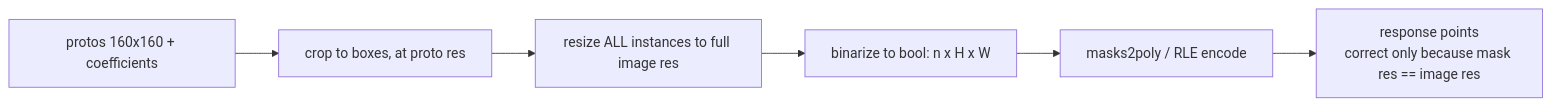
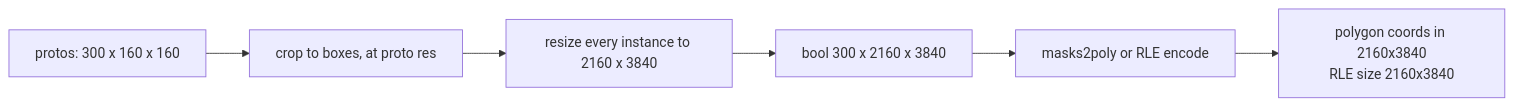
The first of 2 diagrams in docs/feat/instance-seg-tradeoff-factor.md (roboflow/inference), drawn with Mermaid before and after one commit. The commit also changed other lines of this file, not shown here.

````diff
--- a/docs/feat/instance-seg-tradeoff-factor.md
+++ b/docs/feat/instance-seg-tradeoff-factor.md
@@ -75,8 +70,8 @@
 ```mermaid
 flowchart LR
-    A["protos 160x160 + coefficients"] --> B["crop to boxes, at proto res"]
-    B --> C["resize ALL instances to full image res"]
-    C --> D["binarize to bool: n x H x W"]
-    D --> E["masks2poly / RLE encode"]
-    E --> F["response points<br>correct only because mask res == image res"]
+    A["protos: 300 x 160 x 160"] --> B["crop to boxes, at proto res"]
+    B --> C["resize every instance to 2160 x 3840"]
+    C --> D["bool 300 x 2160 x 3840"]
+    D --> E["masks2poly or RLE encode"]
+    E --> F["polygon coords in 2160x3840<br>RLE size 2160x3840"]
 ```
````
